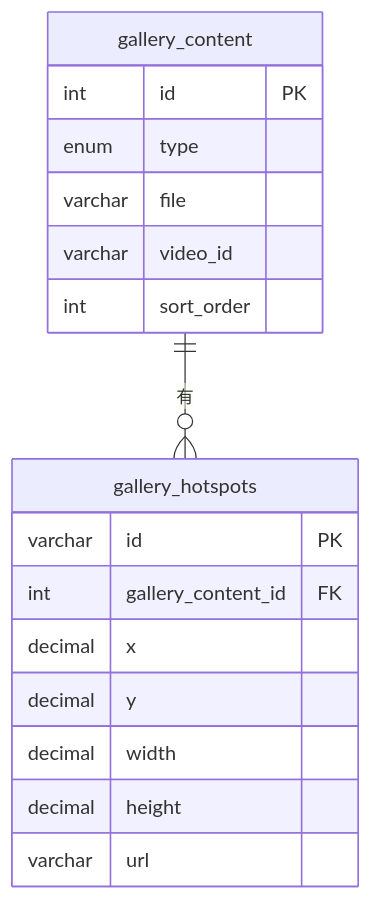
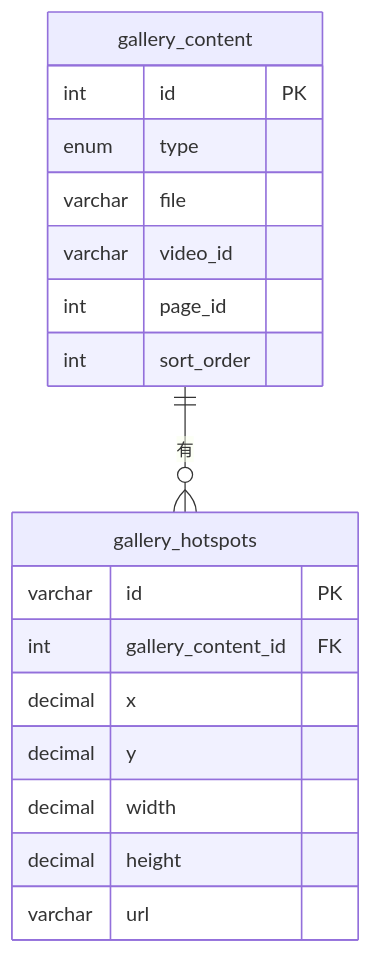
One commit to faypo/ChungyoOffical changed the seventh of 9 diagrams in docs/database-schema.md. Above: the diagram before and after it, drawn with Mermaid. The commit also changed other lines of this file and 936 other files, not shown here.

Commit message:
[doc]更新schema文件 更新data

````diff
--- a/docs/database-schema.md
+++ b/docs/database-schema.md
@@ -627,21 +664,22 @@
 ```mermaid
 erDiagram
   gallery_content {
     int id PK
     enum type
     varchar file
     varchar video_id
+    int page_id
     int sort_order
   }
   gallery_hotspots {
     varchar id PK
     int gallery_content_id FK
     decimal x
     decimal y
     decimal width
     decimal height
     varchar url
   }
 
   gallery_content ||--o{ gallery_hotspots : "有"
 ```
````
